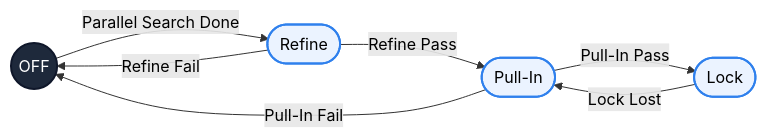
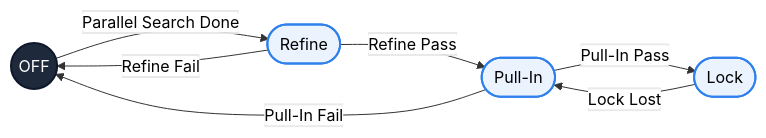
One commit to pocper/SoC-GPS-Hybrid-Acquisition changed the second of 2 diagrams in README.md. Above: the diagram before and after it, drawn with Mermaid. The commit also changed other lines of this file and 2 other files, not shown here.

````diff
--- a/README.md
+++ b/README.md
@@ -143,15 +141,13 @@
 ``` mermaid
 graph LR
     classDef mainState fill:#EBF3FF,stroke:#2F80ED,stroke-width:2px,color:#000000,rx:8,ry:8;
     classDef startState fill:#1E293B,stroke:#0F172A,stroke-width:2px,color:#FFFFFF,rx:50,ry:50;
-    
-    linkStyle default color:#000000,background-color:#FFFFFF,stroke-width:1px;
 
-    OFF((OFF)):::startState -->|Parallel Search Done| Refine([Refine]):::mainState
-    Refine -->|Refine Pass| Pull-In(["Pull-In"]):::mainState
-    Pull-In -->|Pull-In Pass| Lock([Lock]):::mainState
+    OFF((OFF)):::startState -->|<span style='color:black;background:white;padding:2px_5px;border-radius:3px;'>Parallel Search Done</span>| Refine([Refine]):::mainState
+    Refine -->|<span style='color:black;background:white;padding:2px_5px;border-radius:3px;'>Refine Pass</span>| Pull-In(["Pull-In"]):::mainState
+    Pull-In -->|<span style='color:black;background:white;padding:2px_5px;border-radius:3px;'>Pull-In Pass</span>| Lock([Lock]):::mainState
 
-    Refine -->|Refine Fail| OFF
-    Pull-In -->|Pull-In Fail| OFF
-    Lock -->|Lock Lost| Pull-In
+    Refine -->|<span style='color:black;background:white;padding:2px_5px;border-radius:3px;'>Refine Fail</span>| OFF
+    Pull-In -->|<span style='color:black;background:white;padding:2px_5px;border-radius:3px;'>Pull-In Fail</span>| OFF
+    Lock -->|<span style='color:black;background:white;padding:2px_5px;border-radius:3px;'>Lock Lost</span>| Pull-In
 ```
````
